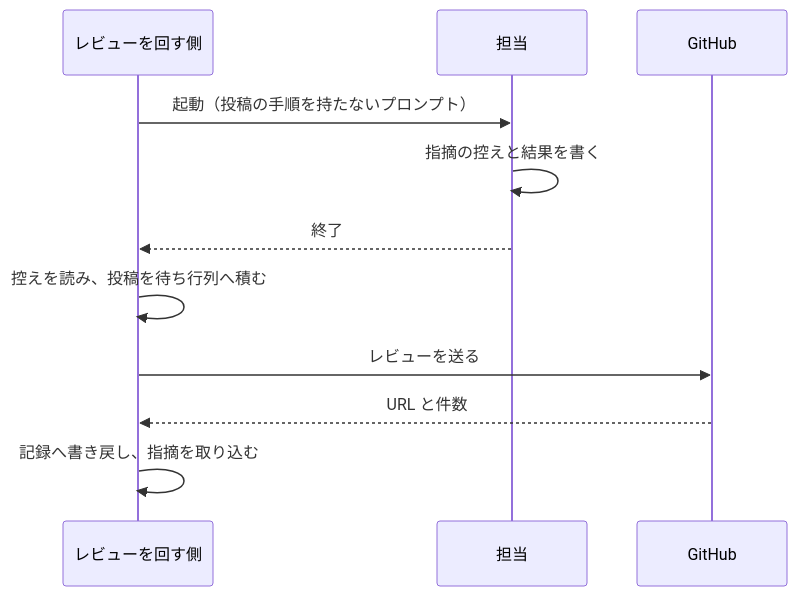
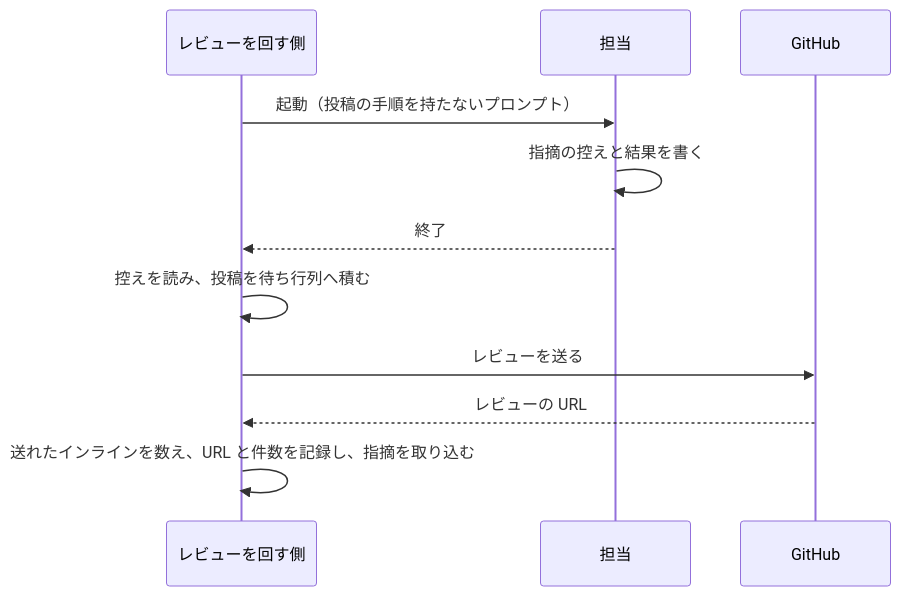
One commit to devbasex/ai-plugins changed the first of 2 diagrams in issues/issue-730-583-design.md. Above: the diagram before and after it, drawn with Mermaid. The commit also changed other lines of this file, not shown here.

Commit message:
Docs: 件数の出所を図と検証手段の表へ揃える
レビューの応答は URL だけを返すため、図の応答を「レビューの URL」へ直し、
件数は送れたインラインを数えて組み立てることを図へ明記する。あわせて
AC23・AC24 の検証手段を、標準出力ではなく収束の判定・報告が読む変数を
見る記述へ改める。

Claude-Session: https://claude.ai/code/session_01MGCedPTy818Zw7VYdmE4GB

````diff
--- a/issues/issue-730-583-design.md
+++ b/issues/issue-730-583-design.md
@@ -290,13 +290,13 @@
 ```mermaid
 sequenceDiagram
     participant M as レビューを回す側
     participant A as 担当
     participant G as GitHub
     M->>A: 起動（投稿の手順を持たないプロンプト）
     A->>A: 指摘の控えと結果を書く
     A-->>M: 終了
     M->>M: 控えを読み、投稿を待ち行列へ積む
     M->>G: レビューを送る
-    G-->>M: URL と件数
-    M->>M: 記録へ書き戻し、指摘を取り込む
+    G-->>M: レビューの URL
+    M->>M: 送れたインラインを数え、URL と件数を記録し、指摘を取り込む
 ```
````
